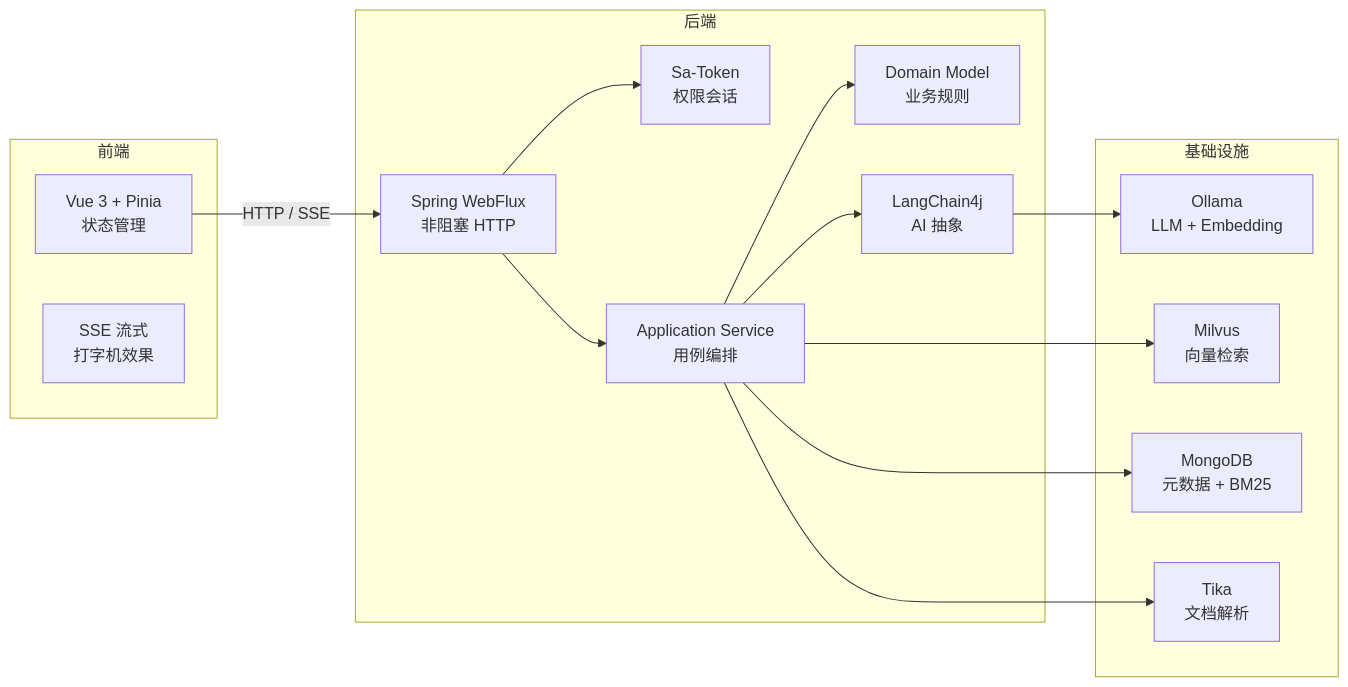
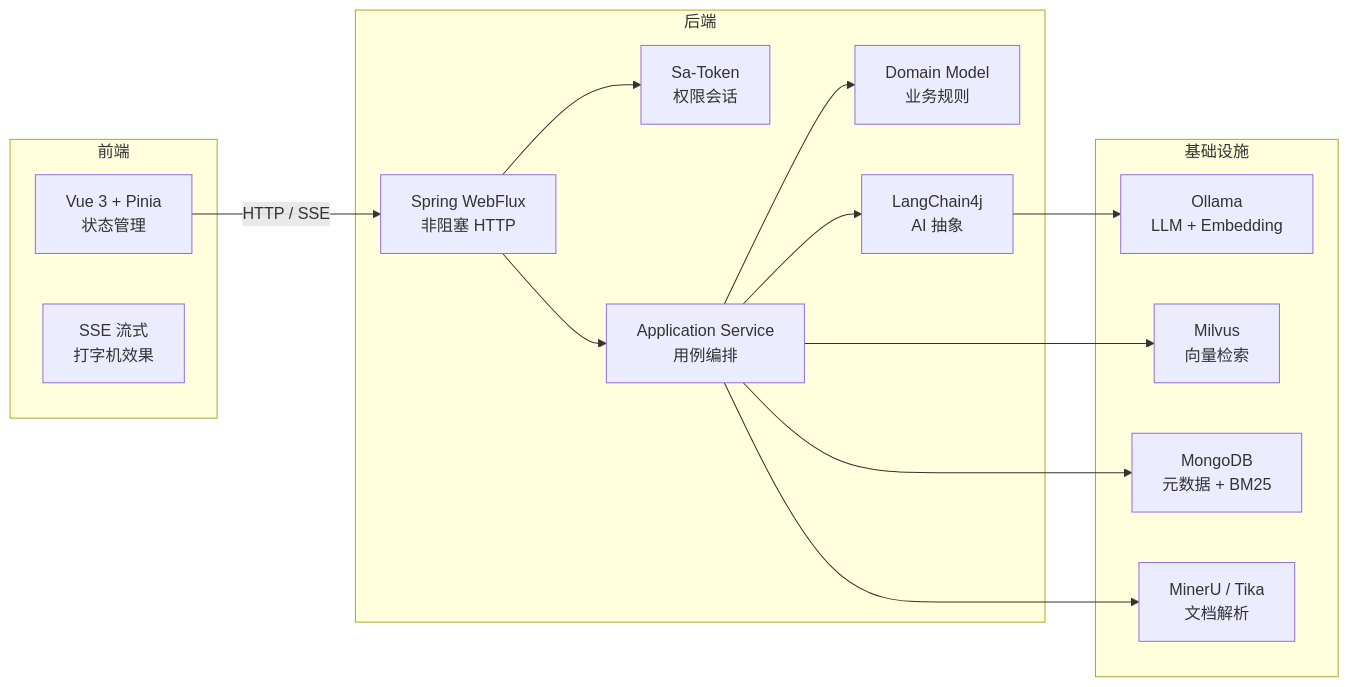
One commit to deapote/synapse changed the diagram in docs/overview/tech-stack.mdx. Above: the diagram before and after it, drawn with Mermaid. The commit also changed other lines of this file and 22 other files, not shown here.

````diff
--- a/docs/overview/tech-stack.mdx
+++ b/docs/overview/tech-stack.mdx
@@ -193,32 +219,32 @@
 ```mermaid
 graph LR
     subgraph 后端
         A[Spring WebFlux<br/>非阻塞 HTTP]
         B[Sa-Token<br/>权限会话]
         C[Application Service<br/>用例编排]
         D[Domain Model<br/>业务规则]
         E[LangChain4j<br/>AI 抽象]
     end
 
     subgraph 基础设施
         F[Ollama<br/>LLM + Embedding]
         G[Milvus<br/>向量检索]
         H[MongoDB<br/>元数据 + BM25]
-        I[Tika<br/>文档解析]
+        I[MinerU / Tika<br/>文档解析]
     end
 
     subgraph 前端
         J[Vue 3 + Pinia<br/>状态管理]
         K[SSE 流式<br/>打字机效果]
     end
 
     J -->|HTTP / SSE| A
     A --> B
     A --> C
     C --> D
     C --> E
     E --> F
     C --> G
     C --> H
     C --> I
 ```
````
